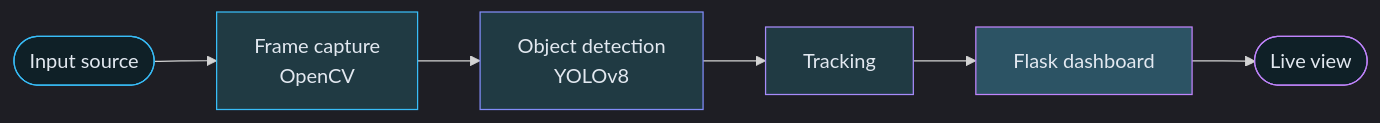
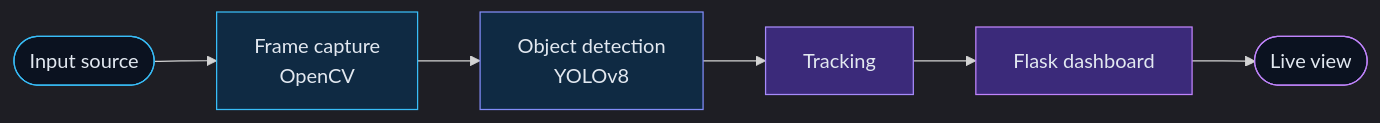
The second of 6 diagrams in ReadMe.md (Adityanaik1818/Adityanaik1818), drawn with Mermaid before and after one commit. The commit also changed other lines of this file, not shown here.

````diff
--- a/ReadMe.md
+++ b/ReadMe.md
@@ -196,15 +248,15 @@
 ```mermaid
 %%{init: {'theme':'dark'}}%%
 flowchart LR
     A([Input source]) --> B[Frame capture<br/>OpenCV]
     B --> C[Object detection<br/>YOLOv8]
     C --> D[Tracking]
     D --> E[Flask dashboard]
     E --> F([Live view])
-    style A fill:#0f2027,stroke:#38bdf8,color:#e2e8f0
-    style B fill:#203a43,stroke:#38bdf8,color:#e2e8f0
-    style C fill:#203a43,stroke:#818cf8,color:#e2e8f0
-    style D fill:#203a43,stroke:#a78bfa,color:#e2e8f0
-    style E fill:#2c5364,stroke:#c084fc,color:#e2e8f0
-    style F fill:#0f2027,stroke:#c084fc,color:#e2e8f0
+    style A fill:#0b1220,stroke:#38bdf8,color:#e2e8f0
+    style B fill:#0f2a43,stroke:#38bdf8,color:#e2e8f0
+    style C fill:#0f2a43,stroke:#818cf8,color:#e2e8f0
+    style D fill:#3b2a7a,stroke:#a78bfa,color:#e2e8f0
+    style E fill:#3b2a7a,stroke:#c084fc,color:#e2e8f0
+    style F fill:#0b1220,stroke:#c084fc,color:#e2e8f0
 ```
````
